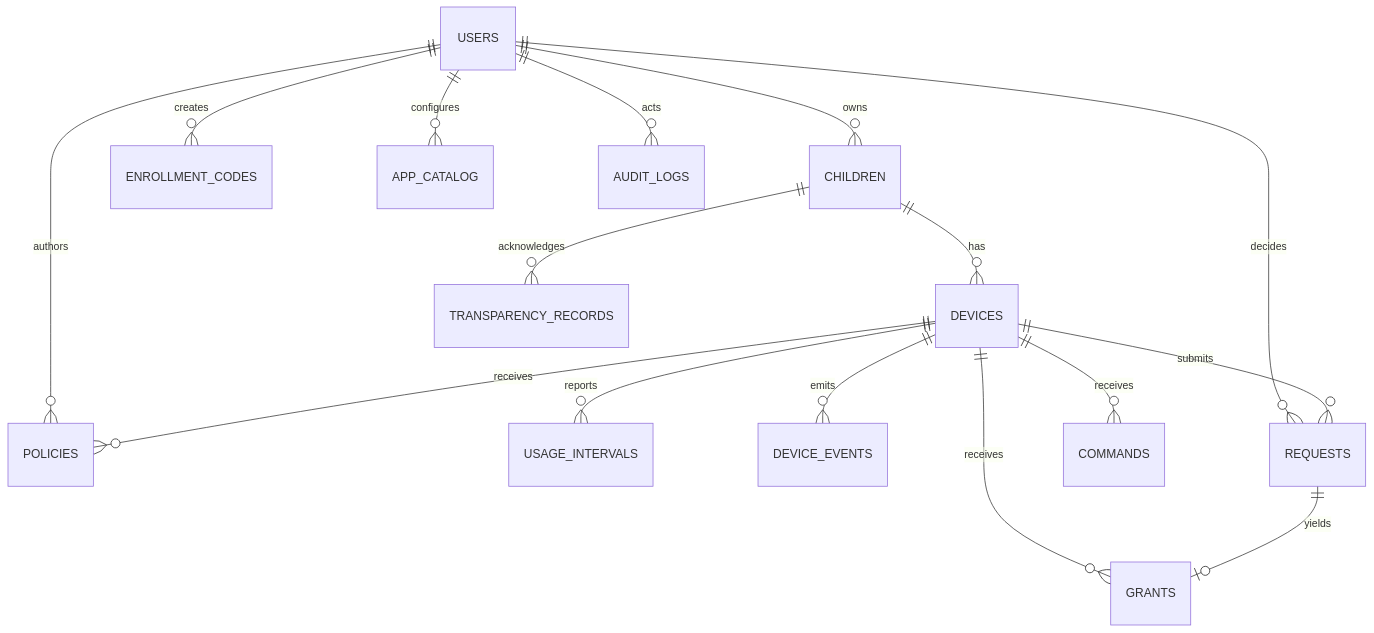
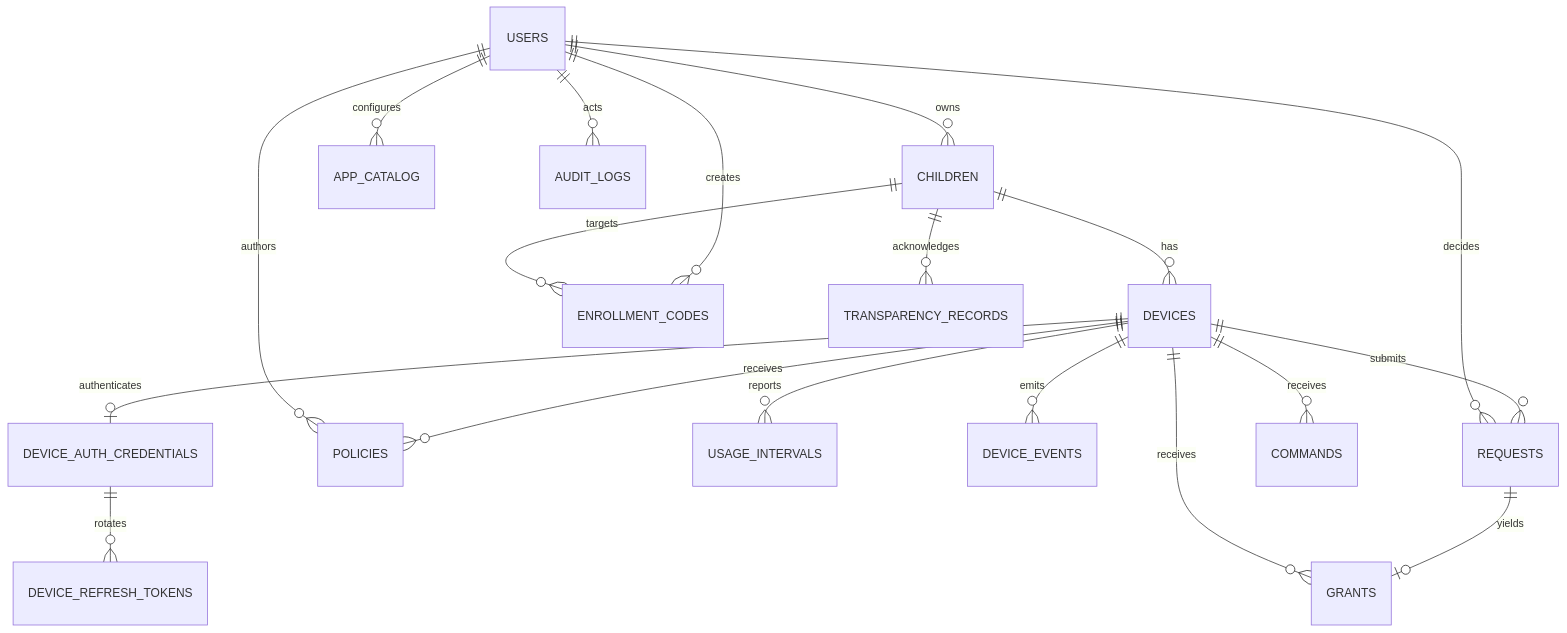
Before and after one commit to khiem2007/ogk: the diagram in docs/ERD.md, drawn with Mermaid. The commit also changed other lines of this file and 18 other files, not shown here.

Commit message:
feat(tv1): implement A03 parent auth/CSRF and A04 device enrollment/tokens

````diff
--- a/docs/ERD.md
+++ b/docs/ERD.md
@@ -8,18 +8,21 @@
 ```mermaid
 erDiagram
     USERS ||--o{ CHILDREN : owns
     CHILDREN ||--o{ DEVICES : has
     USERS ||--o{ ENROLLMENT_CODES : creates
+    CHILDREN ||--o{ ENROLLMENT_CODES : targets
+    DEVICES ||--o| DEVICE_AUTH_CREDENTIALS : authenticates
+    DEVICE_AUTH_CREDENTIALS ||--o{ DEVICE_REFRESH_TOKENS : rotates
     DEVICES ||--o{ POLICIES : receives
     USERS ||--o{ POLICIES : authors
     USERS ||--o{ APP_CATALOG : configures
     DEVICES ||--o{ USAGE_INTERVALS : reports
     DEVICES ||--o{ DEVICE_EVENTS : emits
     DEVICES ||--o{ REQUESTS : submits
     USERS ||--o{ REQUESTS : decides
     REQUESTS ||--o| GRANTS : yields
     DEVICES ||--o{ GRANTS : receives
     DEVICES ||--o{ COMMANDS : receives
     USERS ||--o{ AUDIT_LOGS : acts
     CHILDREN ||--o{ TRANSPARENCY_RECORDS : acknowledges
 ```
````
